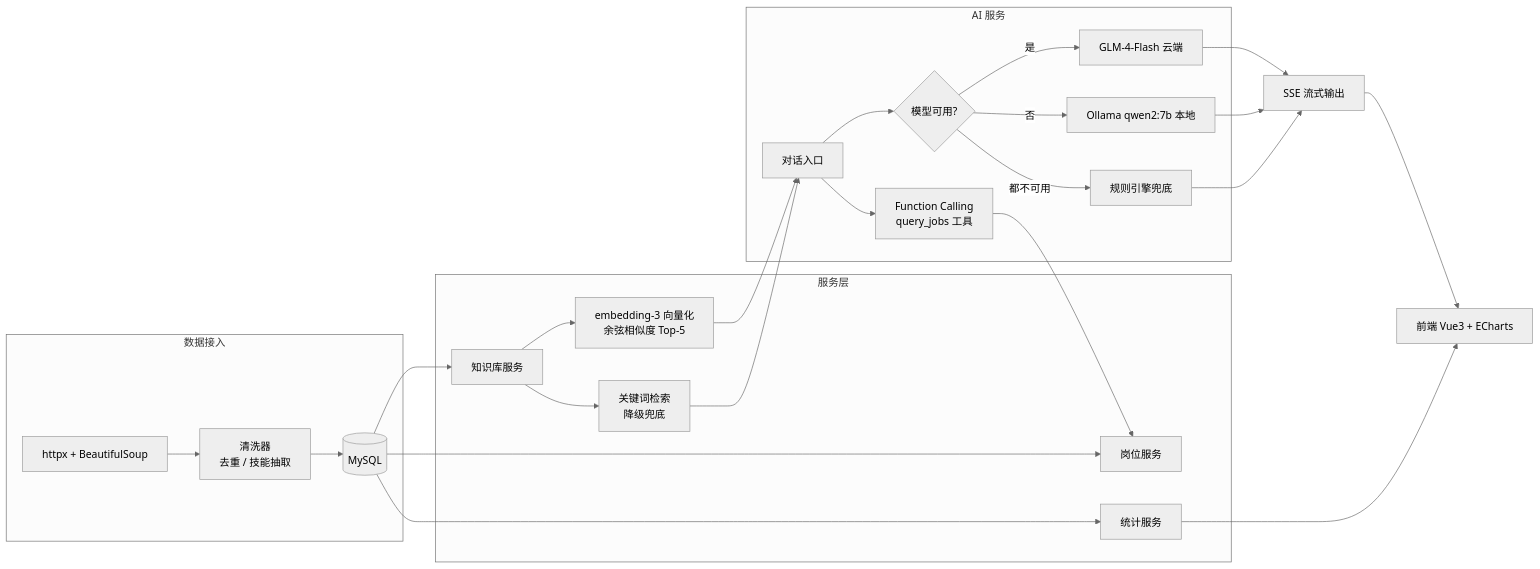
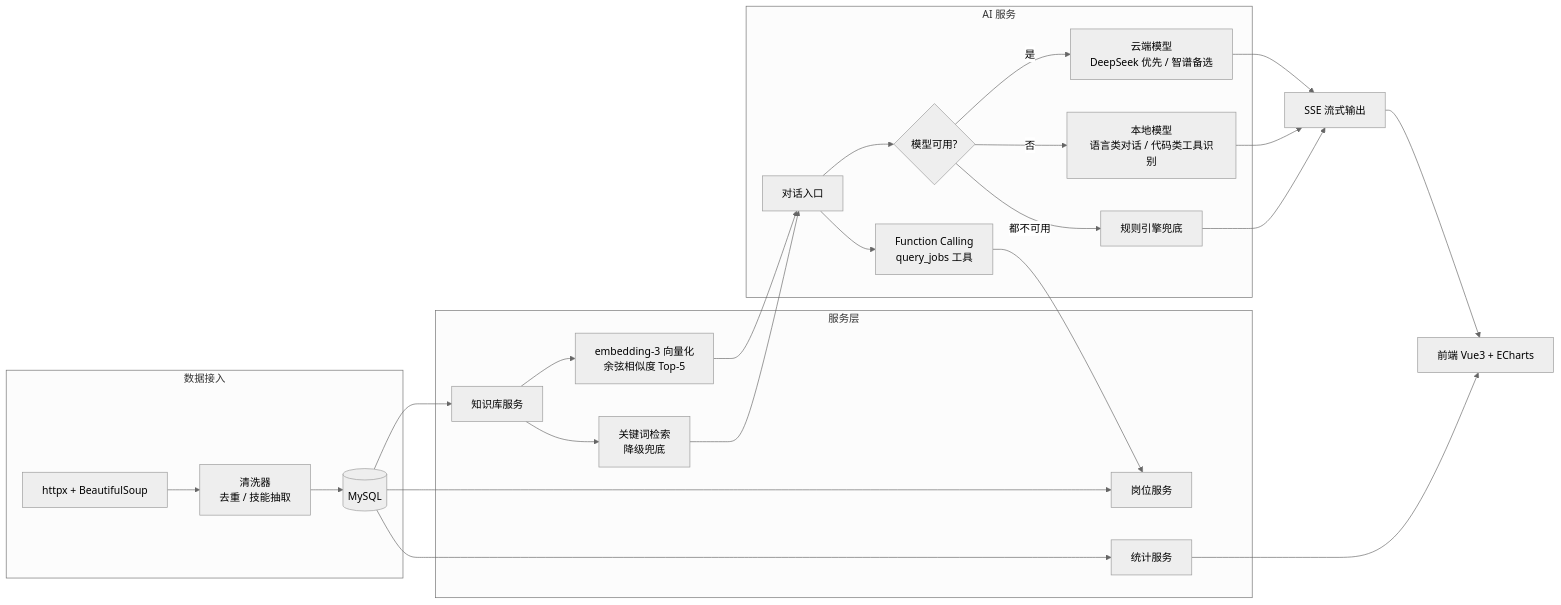
One commit to zanboring/recruitment-python changed the diagram in README.md. Above: the diagram before and after it, drawn with Mermaid (neutral theme). The commit also changed other lines of this file and 85 other files, not shown here.

````diff
--- a/README.md
+++ b/README.md
@@ -29,32 +31,32 @@
 ```mermaid
 graph LR
     subgraph 数据接入
         C1[httpx + BeautifulSoup] --> C2[清洗器<br/>去重 / 技能抽取]
         C2 --> DB[(MySQL)]
     end
 
     subgraph 服务层
         DB --> S1[岗位服务]
         DB --> S2[统计服务]
         DB --> S3[知识库服务]
         S3 --> V1[embedding-3 向量化<br/>余弦相似度 Top-5]
         S3 --> V2[关键词检索<br/>降级兜底]
     end
 
     subgraph AI 服务
         A1[对话入口] --> A2{模型可用?}
-        A2 -->|是| A3[GLM-4-Flash 云端]
-        A2 -->|否| A4[Ollama qwen2:7b 本地]
+        A2 -->|是| A3[云端模型<br/>DeepSeek 优先 / 智谱备选]
+        A2 -->|否| A4[本地模型<br/>语言类对话 / 代码类工具识别]
         A2 -->|都不可用| A5[规则引擎兜底]
         A1 --> A6[Function Calling<br/>query_jobs 工具]
         A6 --> S1
         V1 --> A1
         V2 --> A1
     end
 
     A3 --> SSE[SSE 流式输出]
     A4 --> SSE
     A5 --> SSE
     SSE --> FE[前端 Vue3 + ECharts]
     S2 --> FE
 ```
````
